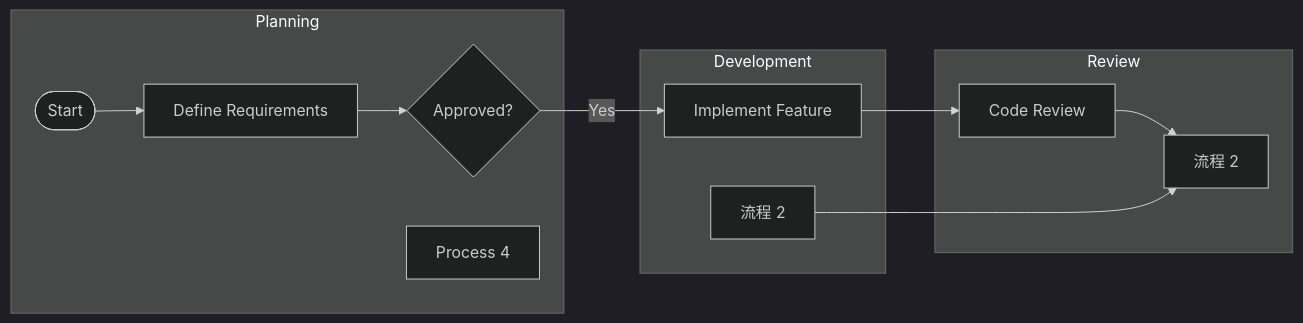
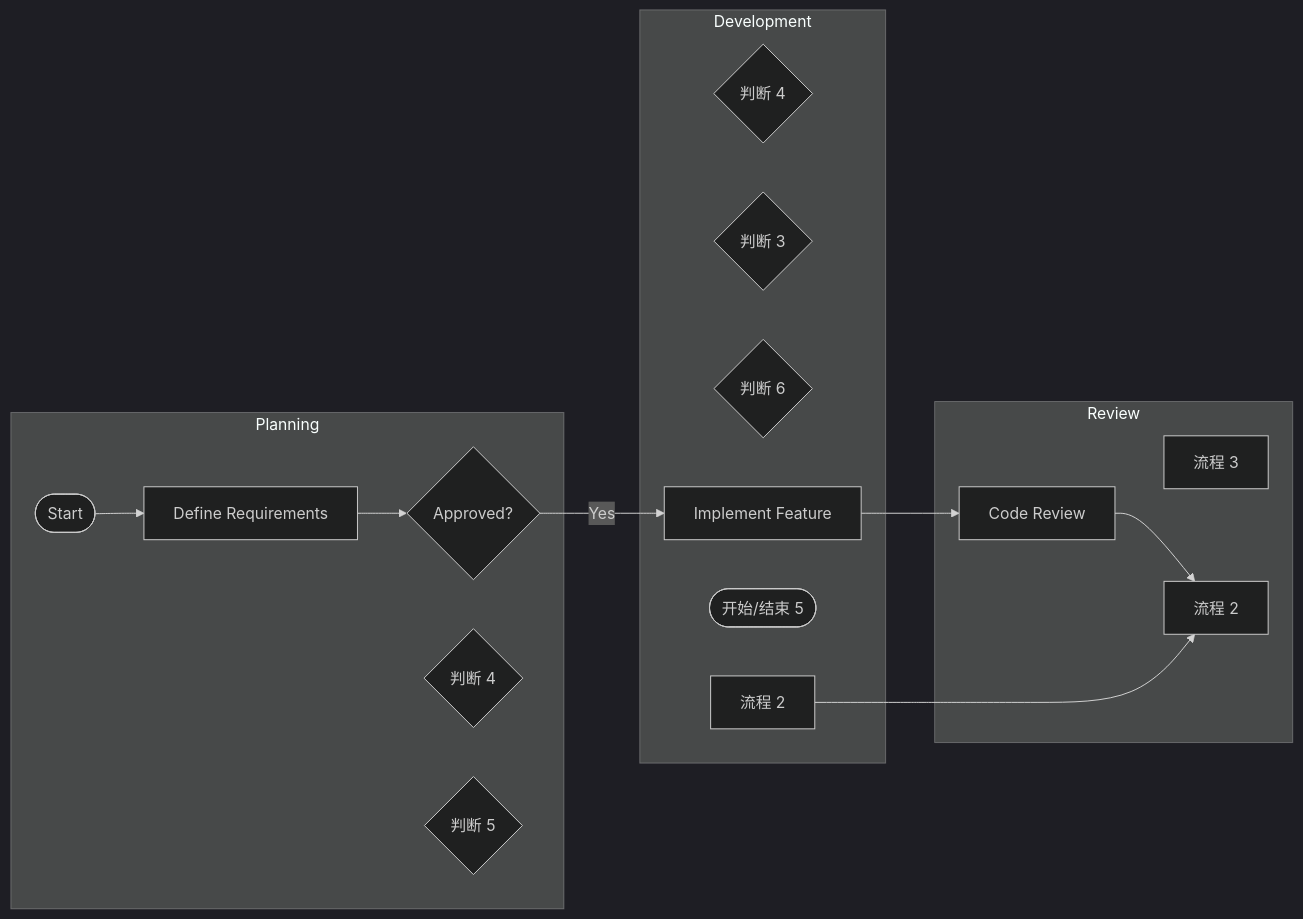
One commit to pingpm/mermaid_vault changed the diagram in mmd/12323_41681640-9752-48cb-9907-d6624d5d20d0.mmd. Above: the diagram before and after it, drawn with Mermaid (dark theme). The commit also changed 3 other files, not shown here.

Commit message:
Sync Mermaid Studio data (15 diagrams)

```diff
--- a/mmd/12323_41681640-9752-48cb-9907-d6624d5d20d0.mmd
+++ b/mmd/12323_41681640-9752-48cb-9907-d6624d5d20d0.mmd
@@ -1,21 +1,27 @@
 flowchart LR
   subgraph lane_0["Planning"]
     t_0{"Approved?"}
     t_1(["Start"])
     t_2["Define Requirements"]
-    t_3["Process 4"]
+    t_3{"判断 4"}
+    t_4{"判断 5"}
   end
   subgraph lane_1["Development"]
-    t_4["Implement Feature"]
-    t_5["流程 2"]
+    t_5{"判断 4"}
+    t_6{"判断 3"}
+    t_7{"判断 6"}
+    t_8["Implement Feature"]
+    t_9(["开始/结束 5"])
+    t_10["流程 2"]
   end
   subgraph lane_2["Review"]
-    t_6["Code Review"]
-    t_7["流程 2"]
+    t_11["Code Review"]
+    t_12["流程 3"]
+    t_13["流程 2"]
   end
   t_1 --> t_2
   t_2 --> t_0
-  t_0 -->|"Yes"| t_4
-  t_4 --> t_6
-  t_6 --> t_7
-  t_5 --> t_7
+  t_0 -->|"Yes"| t_8
+  t_8 --> t_11
+  t_11 --> t_13
+  t_10 --> t_13
```
